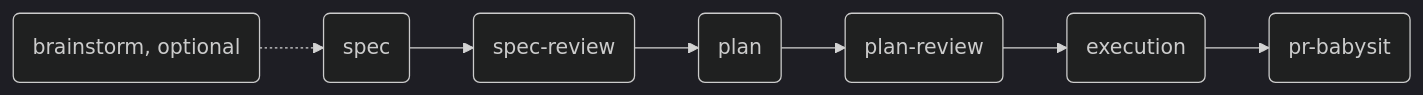
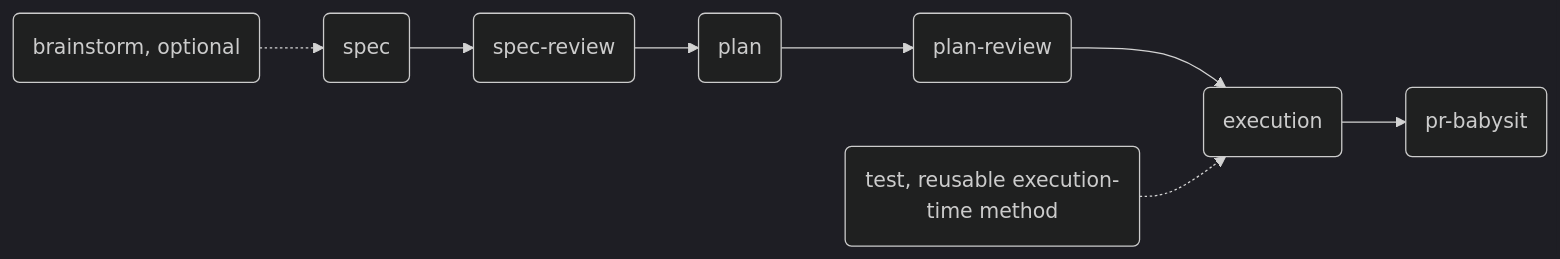
Before and after one commit to Falconiere/toolu: the diagram in docs/toolu/README.md, drawn with Mermaid (dark theme). The commit also changed 5 other files, not shown here.

````diff
--- a/docs/toolu/README.md
+++ b/docs/toolu/README.md
@@ -26,4 +26,5 @@
 ```mermaid
 flowchart LR
     B(brainstorm, optional) -.-> S(spec) --> SR(spec-review) --> P(plan) --> PR(plan-review) --> E(execution) --> PB(pr-babysit)
+    T(test, reusable execution-time method) -.-> E
 ```
````
